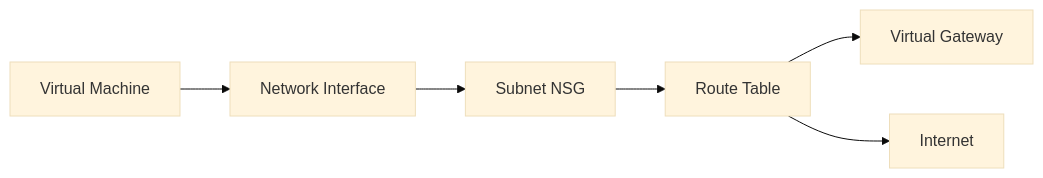
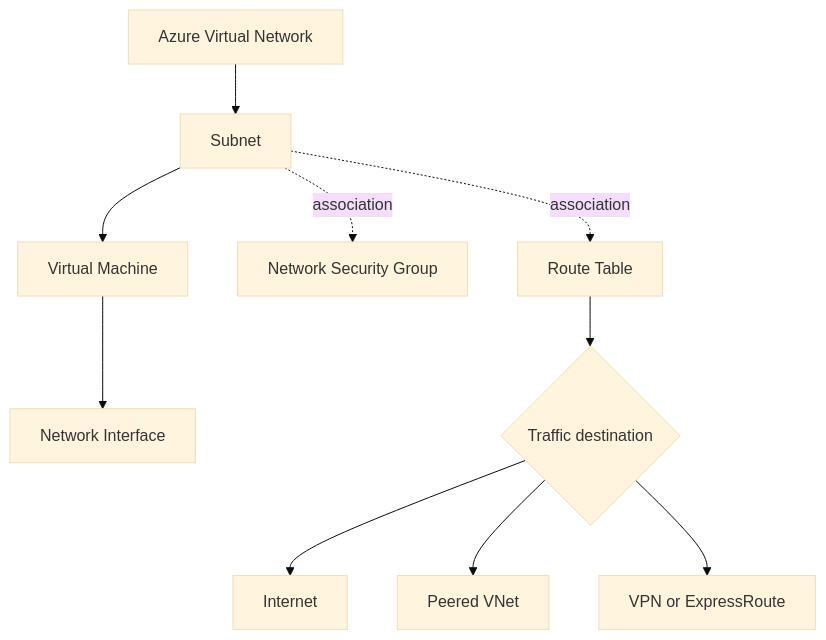
The diagram in docs/platform/how-azure-networking-works.md (yeongseon/azure-networking-practical-guide), drawn with Mermaid (base theme) before and after one commit. The commit also changed other lines of this file and 75 other files, not shown here.

First line of the commit message:
feat: add MSLearn source attribution to all 81 mermaid diagrams

````diff
--- a/docs/platform/how-azure-networking-works.md
+++ b/docs/platform/how-azure-networking-works.md
@@ -19,8 +28,12 @@
 ```mermaid
-graph LR
-    VM[Virtual Machine] --> NIC[Network Interface]
-    NIC --> NSG[Subnet NSG]
-    NSG --> RT[Route Table]
-    RT --> GW[Virtual Gateway]
-    RT --> Internet[Internet]
+graph TD
+    VNet[Azure Virtual Network] --> Subnet[Subnet]
+    Subnet --> VM[Virtual Machine]
+    VM --> NIC[Network Interface]
+    Subnet -. association .-> NSG[Network Security Group]
+    Subnet -. association .-> RT[Route Table]
+    RT --> Dest{Traffic destination}
+    Dest --> Internet[Internet]
+    Dest --> Peering[Peered VNet]
+    Dest --> Hybrid[VPN or ExpressRoute]
 ```
````
